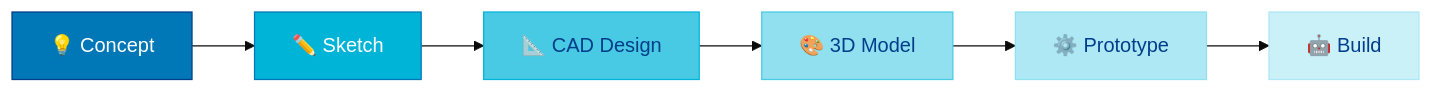
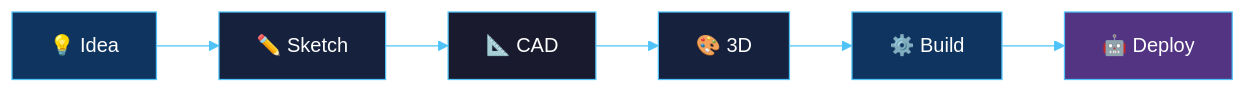
One commit to nasblor/nasblor changed the second of 3 diagrams in readme.md. Above: the diagram before and after it, drawn with Mermaid. The commit also changed other lines of this file, not shown here.

````diff
--- a/readme.md
+++ b/readme.md
@@ -99,15 +90,11 @@
 ```mermaid
-%%{init: {'theme': 'base', 'themeVariables': { 'primaryColor': '#0077B6', 'secondaryColor': '#90E0EF', 'tertiaryColor': '#CAF0F8', 'primaryTextColor': '#ffffff'}}}%%
+%%{init: {'theme': 'base', 'themeVariables': { 'primaryColor': '#0f3460', 'primaryTextColor': '#fff', 'lineColor': '#4FC3F7'}}}%%
 flowchart LR
-    A[💡 Concept] --> B[✏️ Sketch]
-    B --> C[📐 CAD Design]
-    C --> D[🎨 3D Model]
-    D --> E[⚙️ Prototype]
-    E --> F[🤖 Build]
-    style A fill:#0077B6,stroke:#023E8A,color:#fff
-    style B fill:#00B4D8,stroke:#0077B6,color:#fff
-    style C fill:#48CAE4,stroke:#00B4D8,color:#023E8A
-    style D fill:#90E0EF,stroke:#48CAE4,color:#023E8A
-    style E fill:#ADE8F4,stroke:#90E0EF,color:#023E8A
-    style F fill:#CAF0F8,stroke:#ADE8F4,color:#023E8A
+    A[💡 Idea] --> B[✏️ Sketch] --> C[📐 CAD] --> D[🎨 3D] --> E[⚙️ Build] --> F[🤖 Deploy]
+    style A fill:#0f3460,stroke:#4FC3F7,color:#fff
+    style B fill:#16213e,stroke:#4FC3F7,color:#fff
+    style C fill:#1a1a2e,stroke:#4FC3F7,color:#fff
+    style D fill:#16213e,stroke:#4FC3F7,color:#fff
+    style E fill:#0f3460,stroke:#4FC3F7,color:#fff
+    style F fill:#533483,stroke:#4FC3F7,color:#fff
 ```
````
